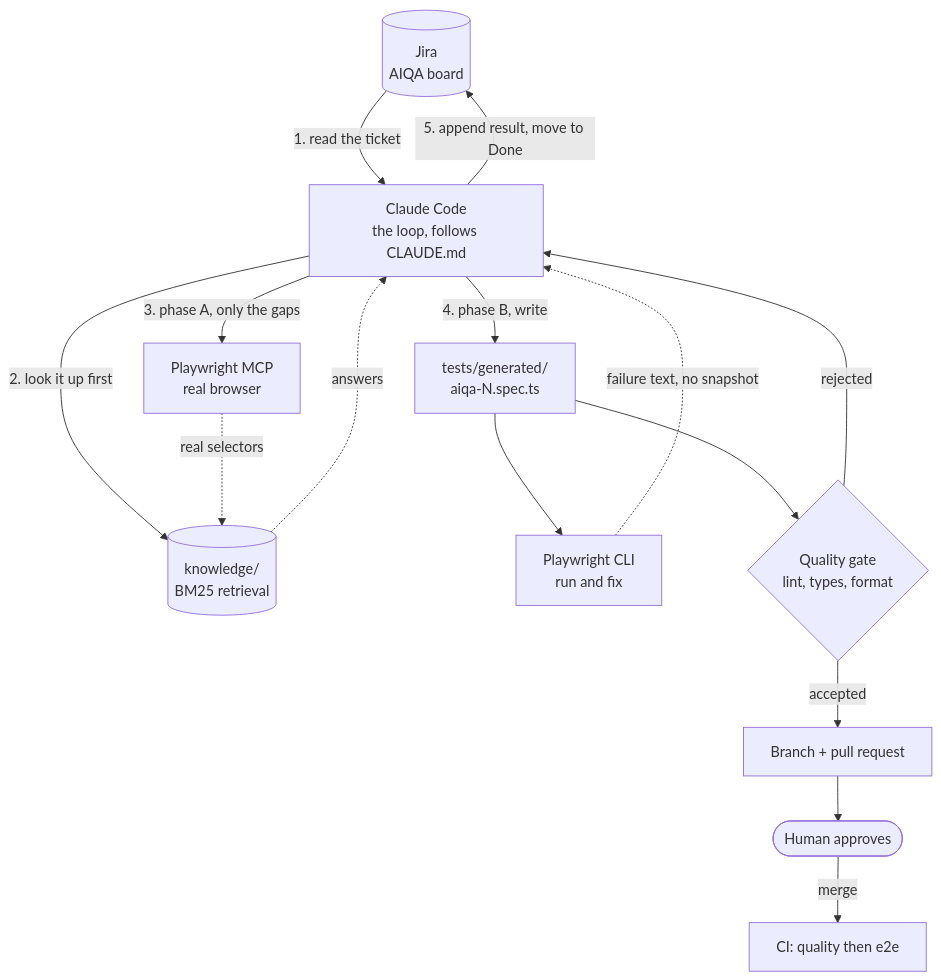
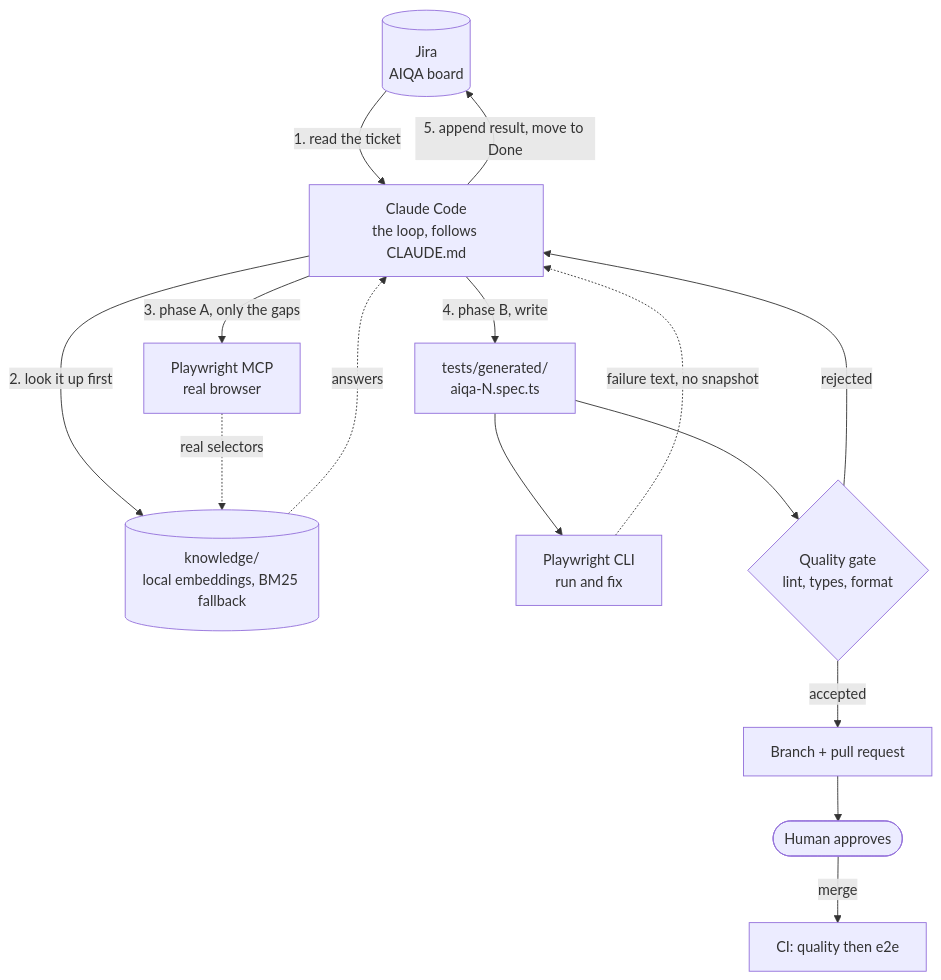
One commit to AlexandrAQA/jira-playwright-ai-agent changed the diagram in README.md. Above: the diagram before and after it, drawn with Mermaid. The commit also changed 3 other files, not shown here.

````diff
--- a/README.md
+++ b/README.md
@@ -184,28 +184,28 @@
 ```mermaid
 flowchart TD
     JIRA[("Jira<br/>AIQA board")]
     AGENT["Claude Code<br/>the loop, follows CLAUDE.md"]
-    KB[("knowledge/<br/>BM25 retrieval")]
+    KB[("knowledge/<br/>local embeddings, BM25 fallback")]
     MCP["Playwright MCP<br/>real browser"]
     CLI["Playwright CLI<br/>run and fix"]
     SPEC["tests/generated/<br/>aiqa-N.spec.ts"]
     GATE{"Quality gate<br/>lint, types, format"}
     PR["Branch + pull request"]
     HUMAN(["Human approves"])
     CI["CI: quality then e2e"]
 
     JIRA -->|"1. read the ticket"| AGENT
     AGENT -->|"2. look it up first"| KB
     KB -.->|"answers"| AGENT
     AGENT -->|"3. phase A, only the gaps"| MCP
     MCP -.->|"real selectors"| KB
     AGENT -->|"4. phase B, write"| SPEC
     SPEC --> CLI
     CLI -.->|"failure text, no snapshot"| AGENT
     SPEC --> GATE
     GATE -->|"rejected"| AGENT
     GATE -->|"accepted"| PR
     PR --> HUMAN
     HUMAN -->|"merge"| CI
     AGENT -->|"5. append result, move to Done"| JIRA
 ```
````
